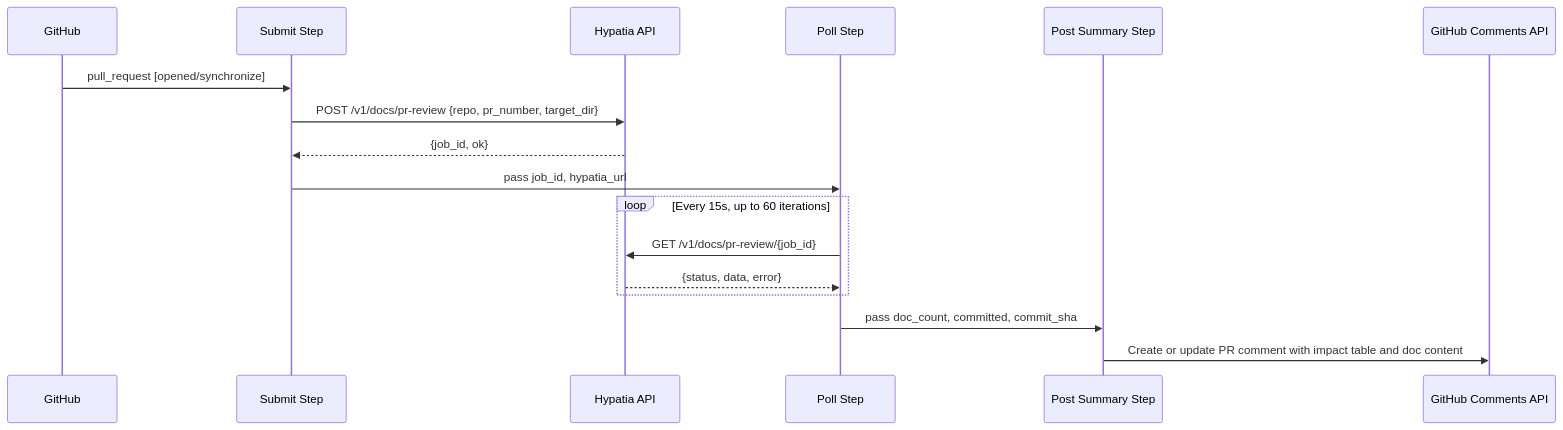
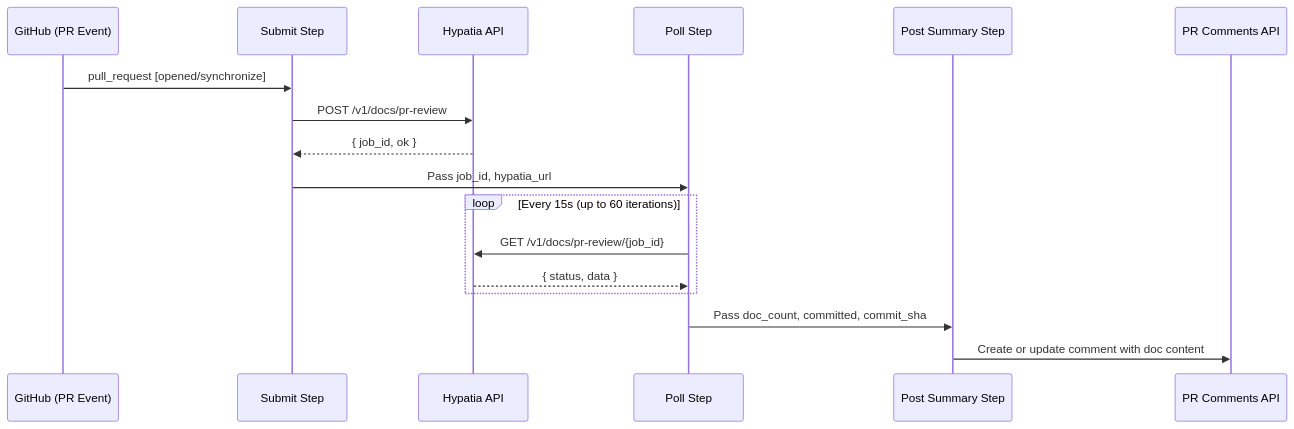
One commit to cornelisnetworks/opa-psm2-tests changed the second of 4 diagrams in docs/.github-workflows.md. Above: the diagram before and after it, drawn with Mermaid. The commit also changed other lines of this file and 1 other file, not shown here.

````diff
--- a/docs/.github-workflows.md
+++ b/docs/.github-workflows.md
@@ -38,20 +41,20 @@
 ```mermaid
 sequenceDiagram
-    participant GH as GitHub
+    participant GH as GitHub (PR Event)
     participant Submit as Submit Step
     participant Hypatia as Hypatia API
     participant Poll as Poll Step
-    participant Post as Post Summary Step
-    participant Comments as GitHub Comments API
+    participant Summary as Post Summary Step
+    participant PR as PR Comments API
 
     GH->>Submit: pull_request [opened/synchronize]
-    Submit->>Hypatia: POST /v1/docs/pr-review {repo, pr_number, target_dir}
-    Hypatia-->>Submit: {job_id, ok}
-    Submit->>Poll: pass job_id, hypatia_url
-    loop Every 15s, up to 60 iterations
+    Submit->>Hypatia: POST /v1/docs/pr-review
+    Hypatia-->>Submit: { job_id, ok }
+    Submit->>Poll: Pass job_id, hypatia_url
+    loop Every 15s (up to 60 iterations)
         Poll->>Hypatia: GET /v1/docs/pr-review/{job_id}
-        Hypatia-->>Poll: {status, data, error}
+        Hypatia-->>Poll: { status, data }
     end
-    Poll->>Post: pass doc_count, committed, commit_sha
-    Post->>Comments: Create or update PR comment with impact table and doc content
+    Poll->>Summary: Pass doc_count, committed, commit_sha
+    Summary->>PR: Create or update comment with doc content
 ```
````
